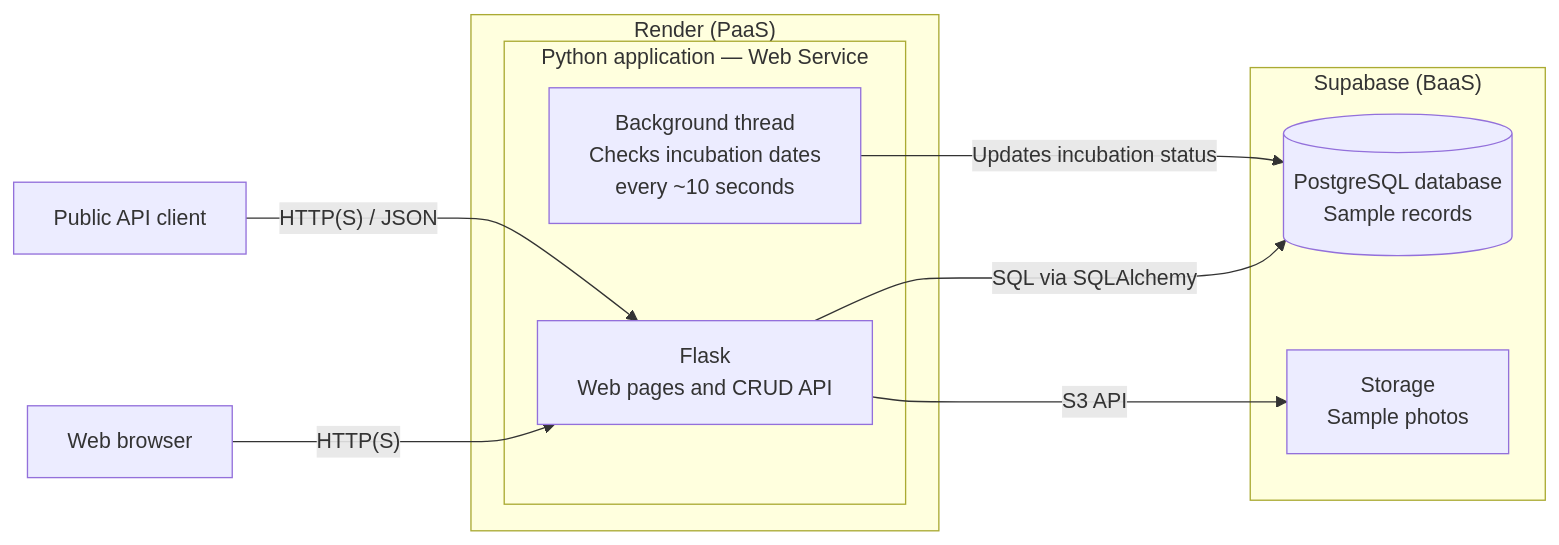
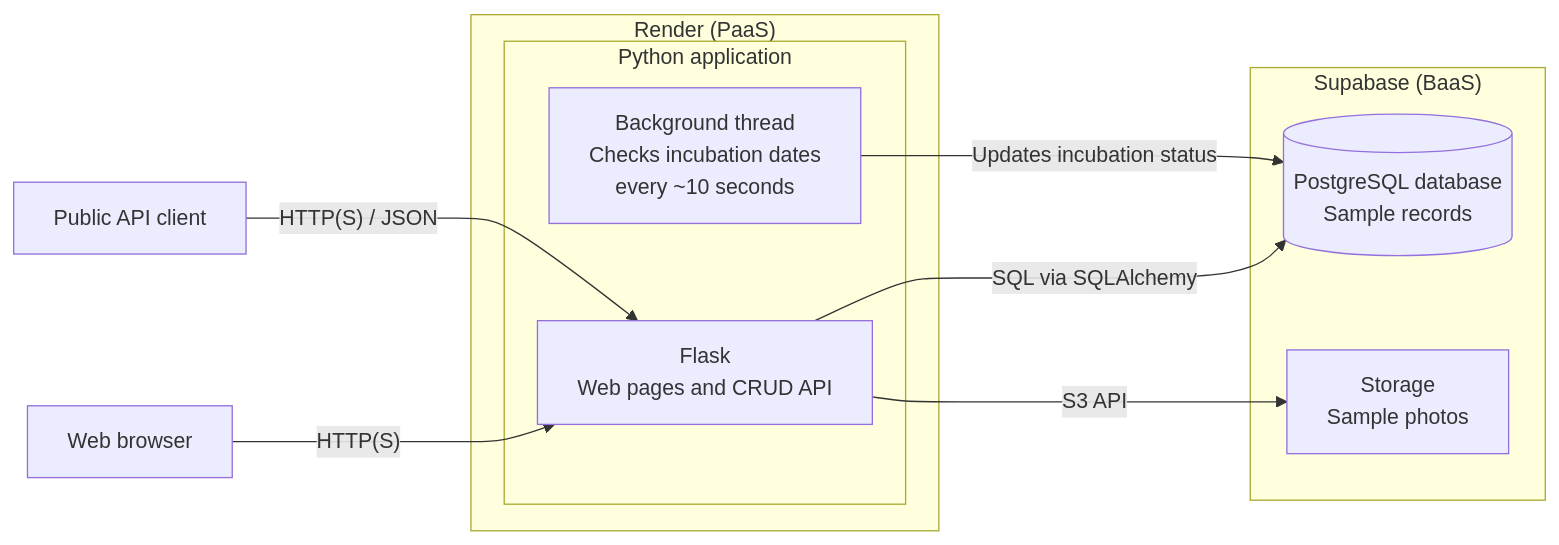
Before and after one commit to Crovla/Cloud_CRUD_Petri: the diagram in README.md, drawn with Mermaid.

````diff
--- a/README.md
+++ b/README.md
@@ -4,23 +4,23 @@
 ```mermaid
 flowchart LR
     U["Web browser"]
     A["Public API client"]
 
     subgraph R["Render (PaaS)"]
-        subgraph APP["Python application — Web Service"]
+        subgraph APP["Python application"]
             W["Flask<br/>Web pages and CRUD API"]
             B["Background thread<br/>Checks incubation dates<br/>every ~10 seconds"]
         end
     end
 
     subgraph SB["Supabase (BaaS)"]
         D[("PostgreSQL database<br/>Sample records")]
         S["Storage<br/>Sample photos"]
     end
 
     U -->|"HTTP(S)"| W
     A -->|"HTTP(S) / JSON"| W
     W -->|"SQL via SQLAlchemy"| D
     W -->|"S3 API"| S
     B -->|"Updates incubation status"| D
 ```
````
